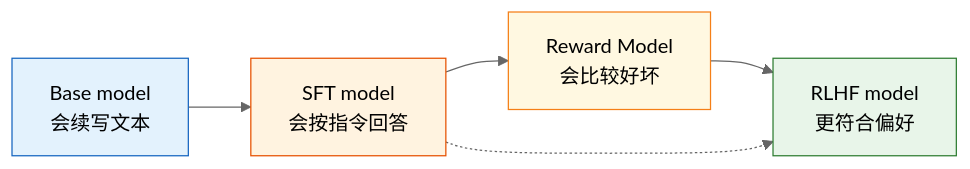
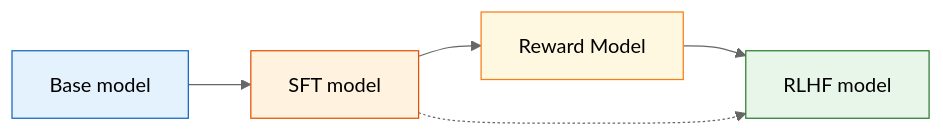
One commit to letslego/hands-on-modern-rl changed the diagram in docs/chapter08_rlhf/base-model-to-assistant.md. Above: the diagram before and after it, drawn with Mermaid (neutral theme). The commit also changed other lines of this file and 267 other files, not shown here.

````diff
--- a/docs/chapter08_rlhf/base-model-to-assistant.md
+++ b/docs/chapter08_rlhf/base-model-to-assistant.md
@@ -46,12 +46,12 @@
 ```mermaid
 flowchart LR
-    PT["Base model\n会续写文本"] --> SFT["SFT model\n会按指令回答"]
-    SFT --> RM["Reward Model\n会比较好坏"]
-    RM --> RLHF["RLHF model\n更符合偏好"]
+    PT["Base model\n"] --> SFT["SFT model\n"]
+    SFT --> RM["Reward Model\n"]
+    RM --> RLHF["RLHF model\n"]
     SFT -.-> RLHF
 
     style PT fill:#e3f2fd,stroke:#1565c0
     style SFT fill:#fff3e0,stroke:#e65100
     style RM fill:#fff8e1,stroke:#f57f17
     style RLHF fill:#e8f5e9,stroke:#2e7d32
 ```
````
